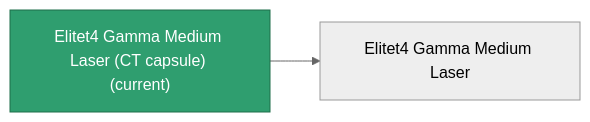
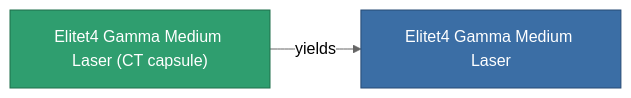
The diagram in content/content/items/elitet4_gamma_medium_laser_CT_capsule.md (OpenPerpetuum/Wiki), drawn with Mermaid (neutral theme) before and after one commit. The commit also changed other lines of this file and 2015 other files, not shown here.

````diff
--- a/content/content/items/elitet4_gamma_medium_laser_CT_capsule.md
+++ b/content/content/items/elitet4_gamma_medium_laser_CT_capsule.md
@@ -33,8 +33,9 @@
 ```mermaid
 graph LR
-    a["Elitet4 Gamma Medium Laser (CT capsule) (current)"]:::current
-    b["Elitet4 Gamma Medium Laser"]
-    a --> b
-    click b "/content/items/elitet4-gamma-medium-laser/" "Elitet4 Gamma Medium Laser"
+    a["Elitet4 Gamma Medium Laser (CT capsule)"]:::current
+    b["Elitet4 Gamma Medium Laser"]:::finished
+    a -->|yields| b
+                click b "/content/items/elitet4-gamma-medium-laser/" "Elitet4 Gamma Medium Laser"
     classDef current fill:#2f9e6f,stroke:#1f6f4a,color:#ffffff
+    classDef finished fill:#3b6ea5,stroke:#274a75,color:#ffffff
 ```
````
